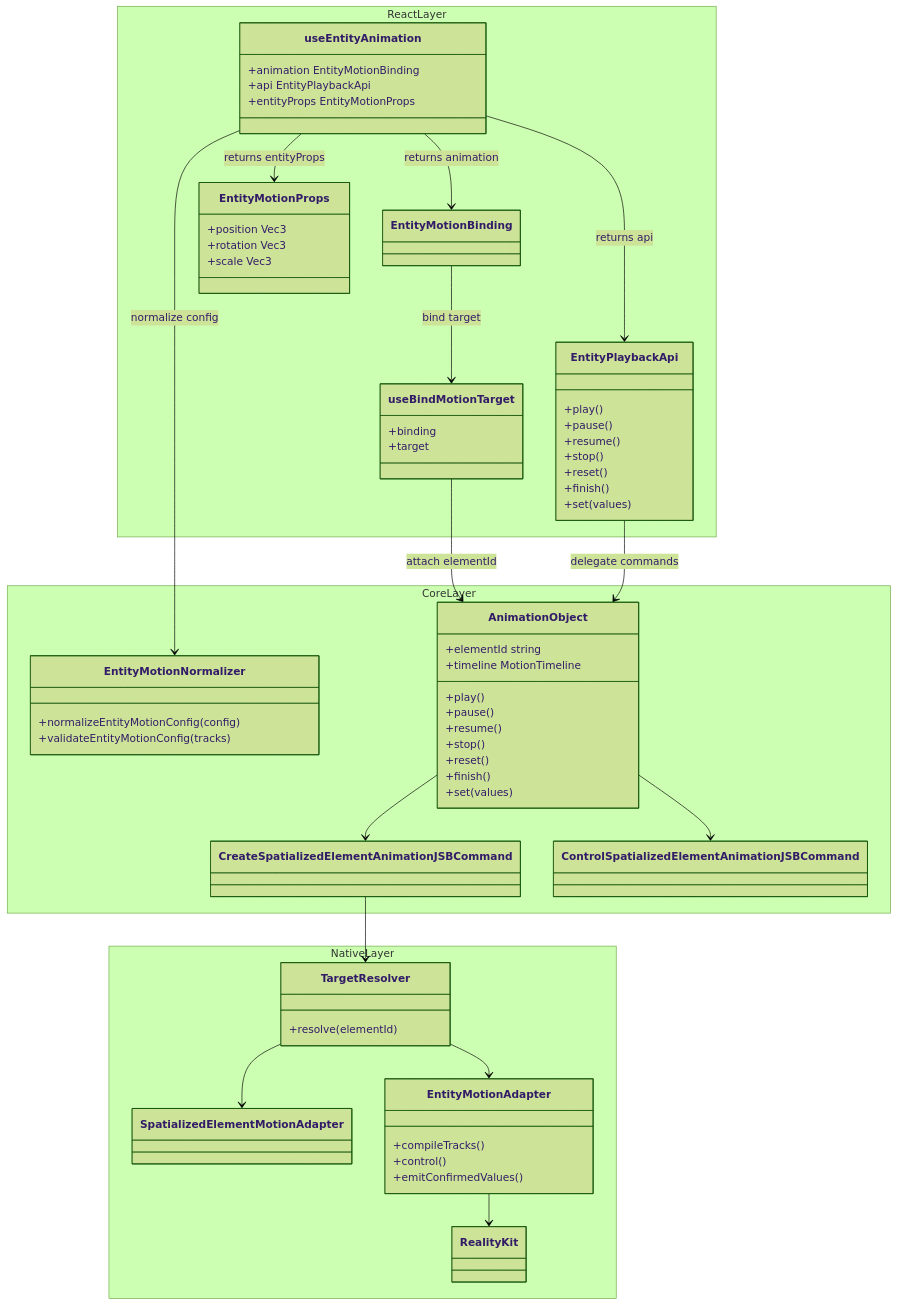
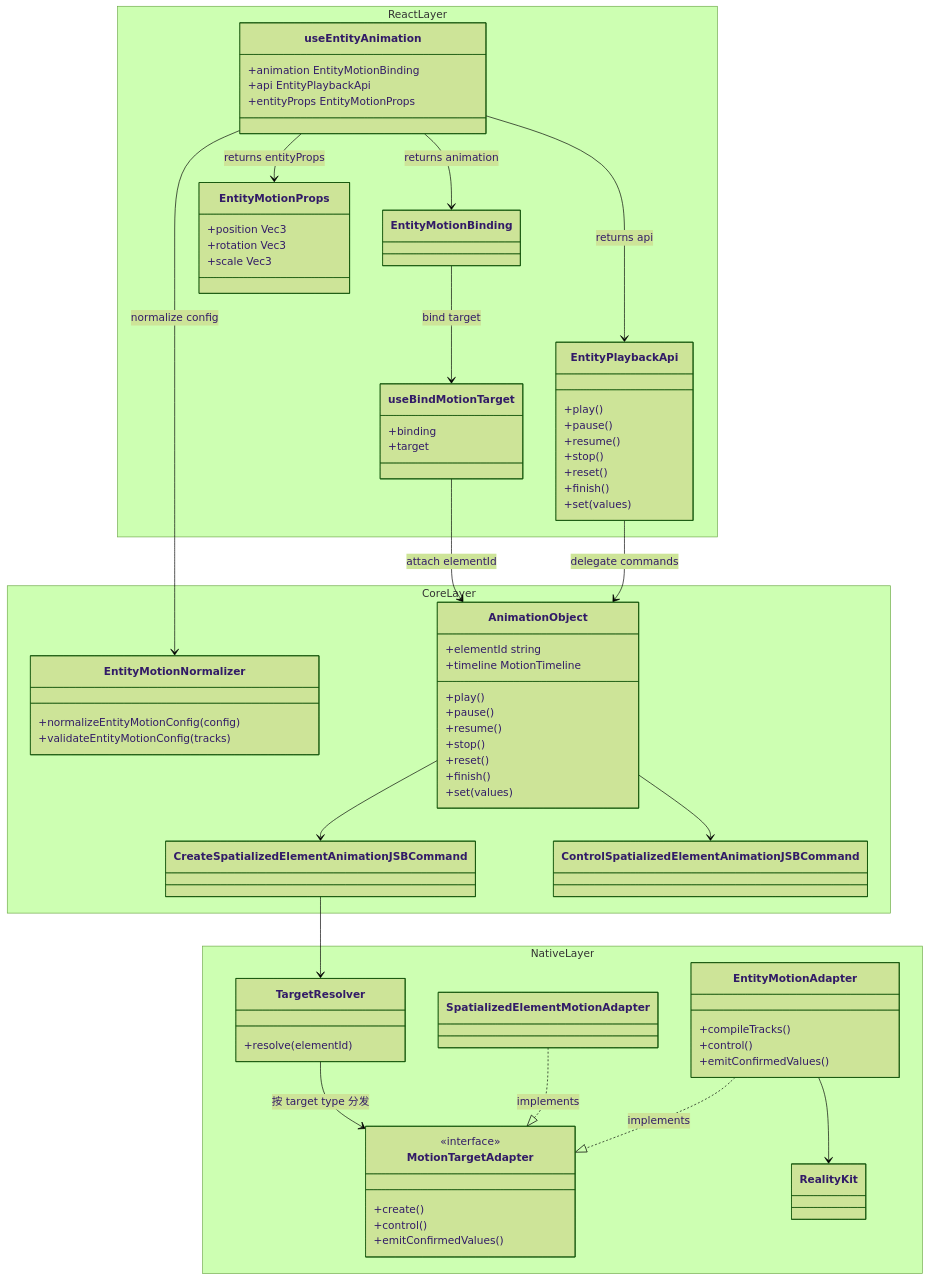
Before and after one commit to webspatial/webspatial-sdk: the sixth of 6 diagrams in openspec/changes/redesign-entity-motion-api/design.zh.md, drawn with Mermaid (forest theme). The commit also changed other lines of this file and 6 other files, not shown here.

First line of the commit message:
docs: resolve L-1/L-3/L-4 design-review findings for entity motion

````diff
--- a/openspec/changes/redesign-entity-motion-api/design.zh.md
+++ b/openspec/changes/redesign-entity-motion-api/design.zh.md
@@ -543,73 +544,80 @@
 ```mermaid
 classDiagram
     namespace ReactLayer {
         class useEntityAnimation {
             +animation EntityMotionBinding
             +api EntityPlaybackApi
             +entityProps EntityMotionProps
         }
         class EntityPlaybackApi {
             +play()
             +pause()
             +resume()
             +stop()
             +reset()
             +finish()
             +set(values)
         }
         class EntityMotionBinding
         class EntityMotionProps {
             +position Vec3
             +rotation Vec3
             +scale Vec3
         }
         class useBindMotionTarget {
             +binding
             +target
         }
     }
     namespace CoreLayer {
         class EntityMotionNormalizer {
             +normalizeEntityMotionConfig(config)
             +validateEntityMotionConfig(tracks)
         }
         class AnimationObject {
             +elementId string
             +timeline MotionTimeline
             +play()
             +pause()
             +resume()
             +stop()
             +reset()
             +finish()
             +set(values)
         }
         class CreateSpatializedElementAnimationJSBCommand
         class ControlSpatializedElementAnimationJSBCommand
     }
     namespace NativeLayer {
         class TargetResolver {
             +resolve(elementId)
         }
+        class MotionTargetAdapter {
+            <<interface>>
+            +create()
+            +control()
+            +emitConfirmedValues()
+        }
         class SpatializedElementMotionAdapter
         class EntityMotionAdapter {
             +compileTracks()
             +control()
             +emitConfirmedValues()
         }
         class RealityKit
     }
     useEntityAnimation --> EntityMotionBinding : returns animation
     useEntityAnimation --> EntityPlaybackApi : returns api
     useEntityAnimation --> EntityMotionProps : returns entityProps
     useEntityAnimation --> EntityMotionNormalizer : normalize config
     EntityMotionBinding --> useBindMotionTarget : bind target
     useBindMotionTarget --> AnimationObject : attach elementId
     EntityPlaybackApi --> AnimationObject : delegate commands
     AnimationObject --> CreateSpatializedElementAnimationJSBCommand
     AnimationObject --> ControlSpatializedElementAnimationJSBCommand
     CreateSpatializedElementAnimationJSBCommand --> TargetResolver
-    TargetResolver --> SpatializedElementMotionAdapter
-    TargetResolver --> EntityMotionAdapter
+    TargetResolver --> MotionTargetAdapter : 按 target type 分发
+    SpatializedElementMotionAdapter ..|> MotionTargetAdapter : implements
+    EntityMotionAdapter ..|> MotionTargetAdapter : implements
     EntityMotionAdapter --> RealityKit
 ```
````
